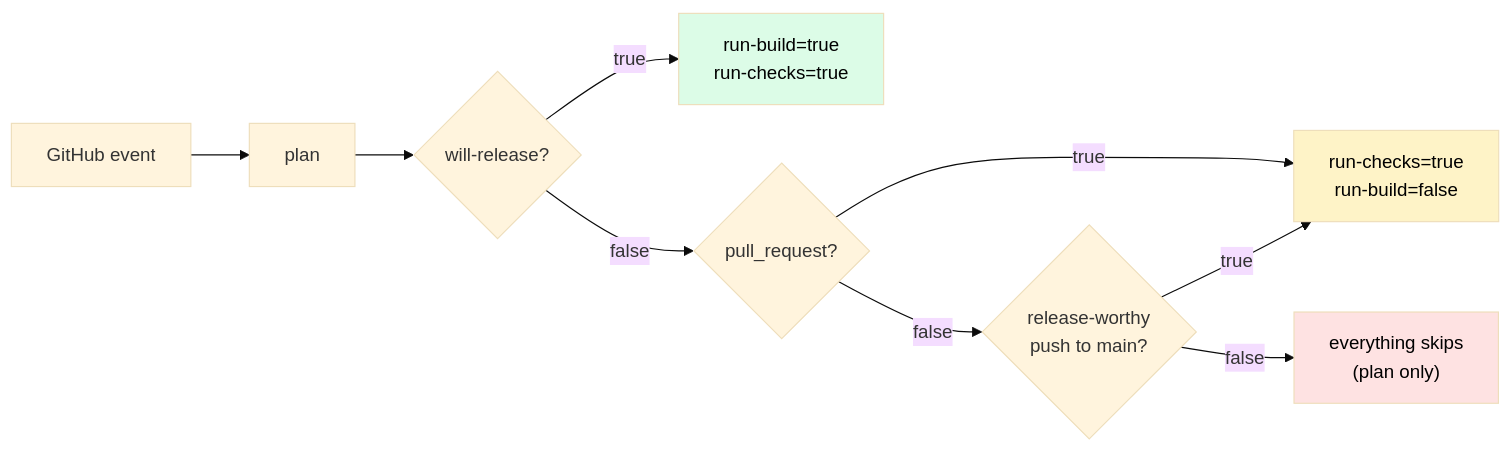
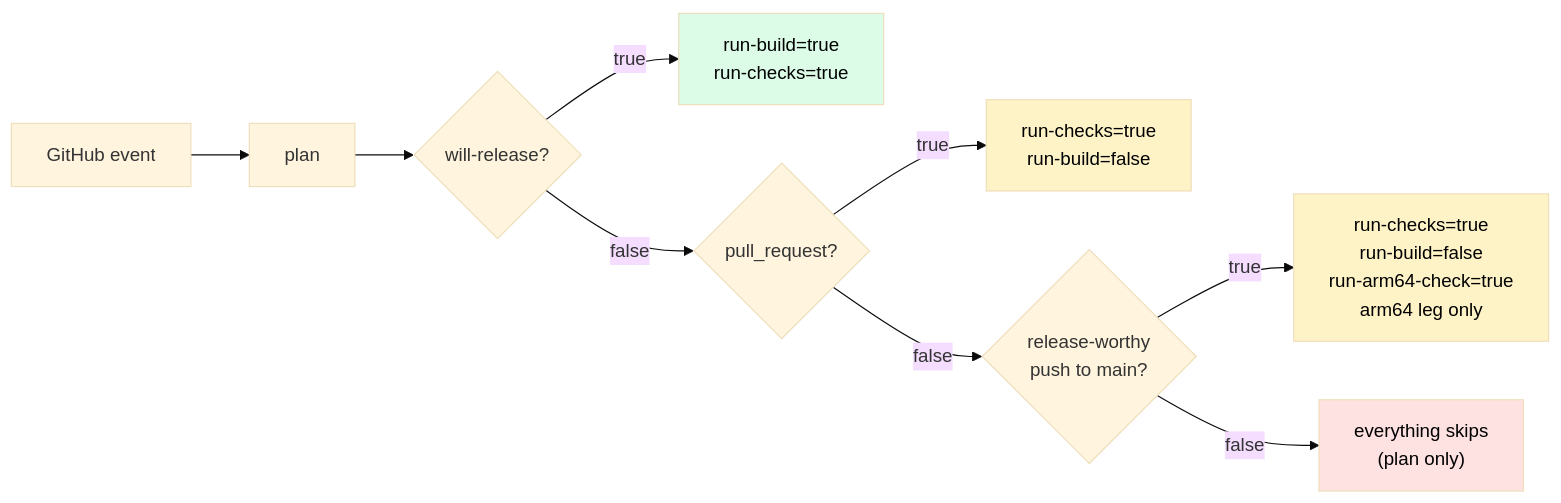
Before and after one commit to hyperi-io/hyperi-ci: the third of 3 diagrams in docs/architecture.md, drawn with Mermaid (base theme). The commit also changed other lines of this file and 8 other files, not shown here.

First line of the commit message:
fix(ci): build arm64 without publishing, and on a release-worthy merge

````diff
--- a/docs/architecture.md
+++ b/docs/architecture.md
@@ -150,14 +151,15 @@
 ```mermaid
 flowchart LR
     E["GitHub event"] --> P["plan"]
     P --> WP{will-release?}
     WP -->|true| RB["run-build=true<br/>run-checks=true"]
     WP -->|false| PR{pull_request?}
     PR -->|true| RC["run-checks=true<br/>run-build=false"]
     PR -->|false| RW{release-worthy<br/>push to main?}
-    RW -->|true| RC
+    RW -->|true| RCA["run-checks=true<br/>run-build=false<br/>run-arm64-check=true<br/>arm64 leg only"]
     RW -->|false| SK["everything skips<br/>(plan only)"]
     style RB fill:#dcfce7,color:#000
     style RC fill:#fef3c7,color:#000
+    style RCA fill:#fef3c7,color:#000
     style SK fill:#fee2e2,color:#000
 ```
````
